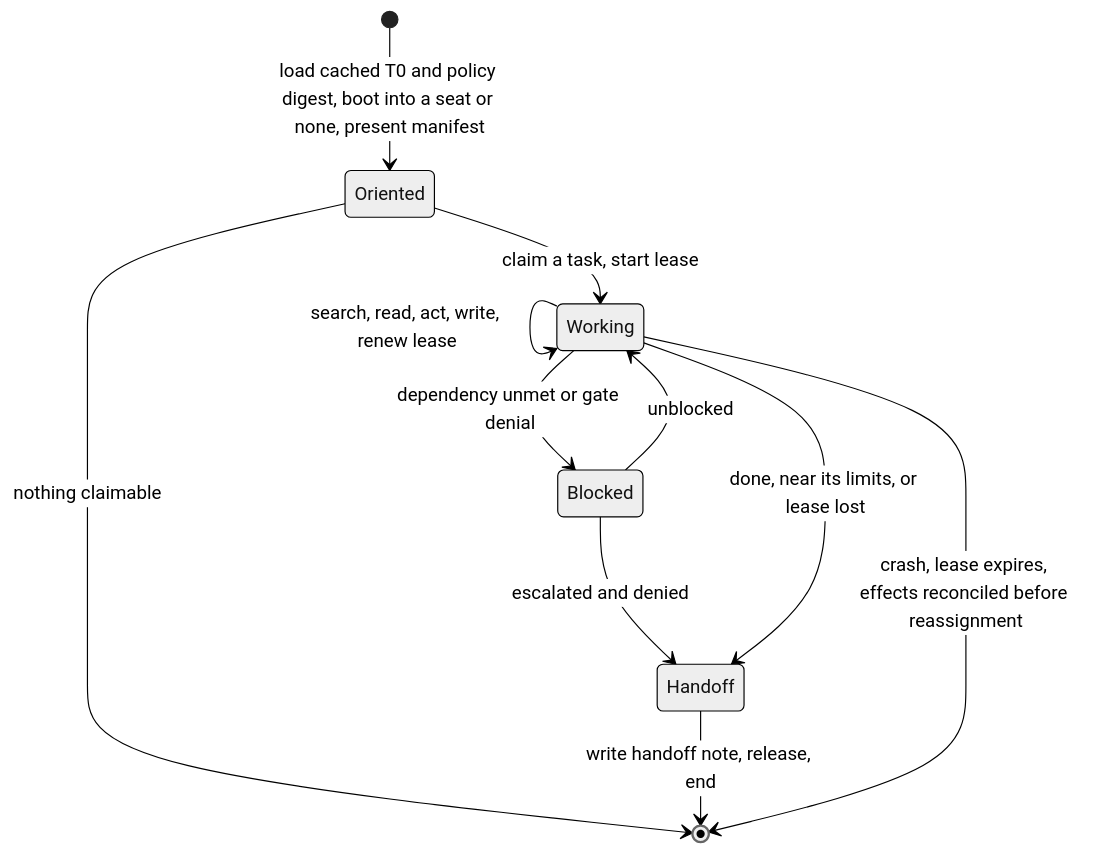
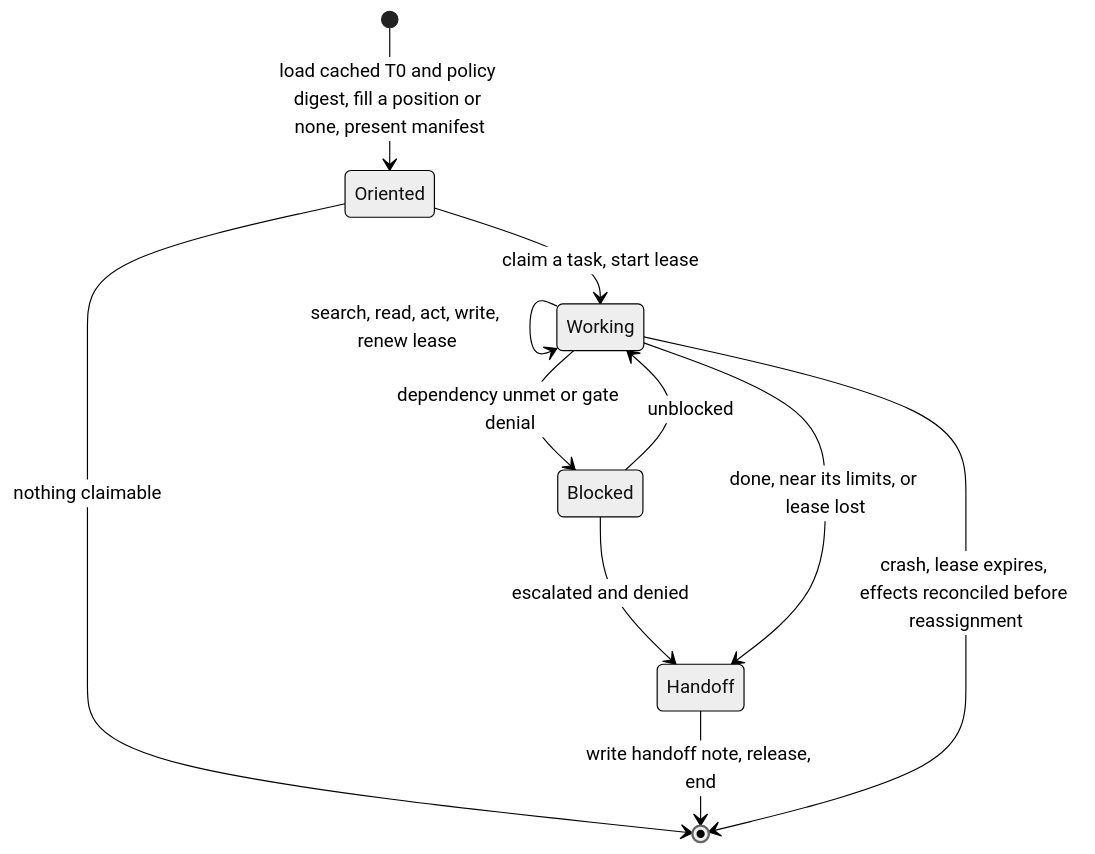
Before and after one commit to apache/tooling-memory: the eighth of 9 diagrams in docs/durable-memory-for-disposable-agents.md, drawn with Mermaid (neutral theme). The commit also changed other lines of this file and 1 other file, not shown here.

First line of the commit message:
docs: rename the seat to the position

````diff
--- a/docs/durable-memory-for-disposable-agents.md
+++ b/docs/durable-memory-for-disposable-agents.md
@@ -825,13 +825,13 @@
 ```mermaid
 stateDiagram-v2
-    [*] --> Oriented: load cached T0 and policy digest, boot into a seat or none, present manifest
+    [*] --> Oriented: load cached T0 and policy digest, fill a position or none, present manifest
     Oriented --> Working: claim a task, start lease
     Oriented --> [*]: nothing claimable
     Working --> Working: search, read, act, write, renew lease
     Working --> Blocked: dependency unmet or gate denial
     Blocked --> Working: unblocked
     Blocked --> Handoff: escalated and denied
     Working --> Handoff: done, near its limits, or lease lost
     Handoff --> [*]: write handoff note, release, end
     Working --> [*]: crash, lease expires, effects reconciled before reassignment
 ```
````
